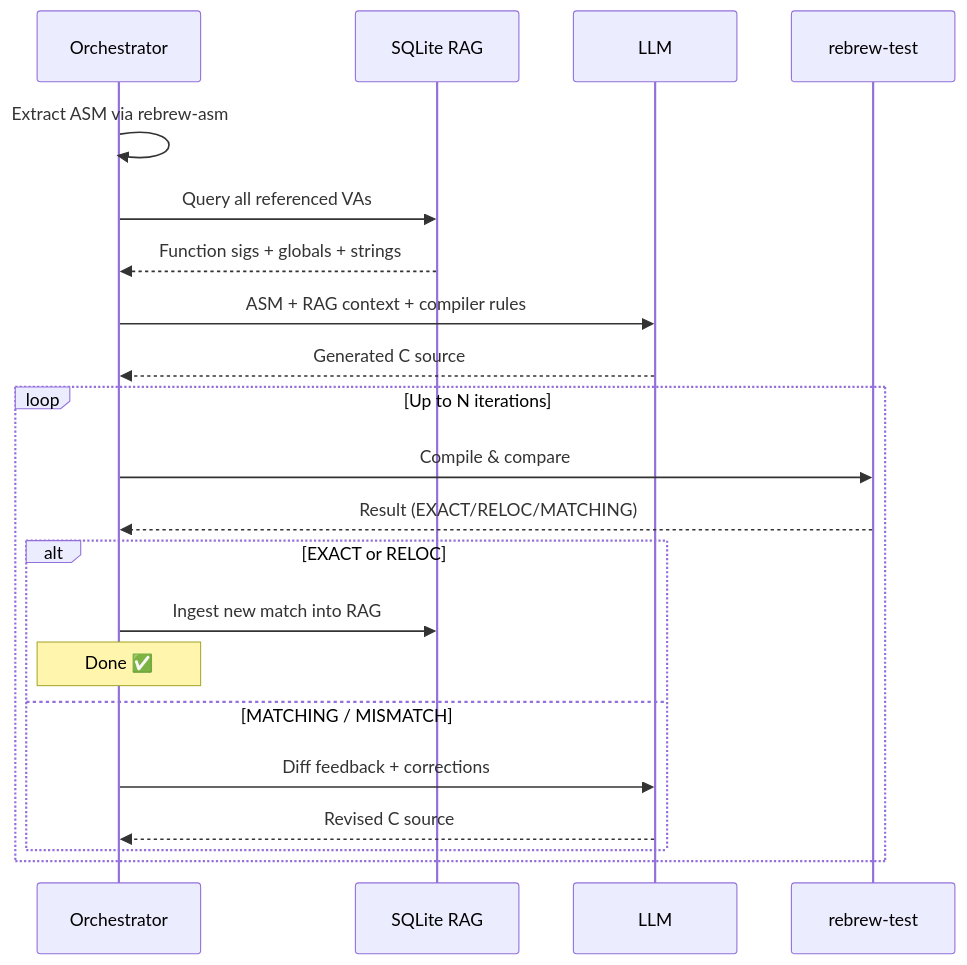
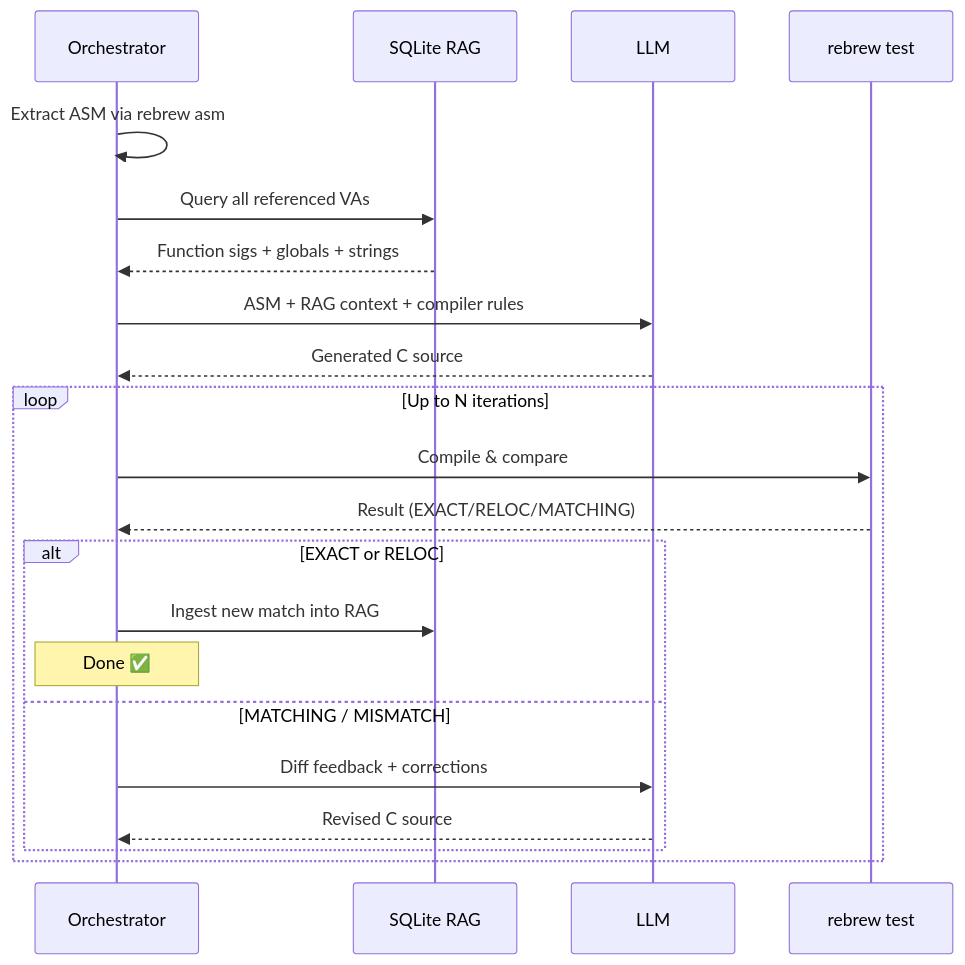
One commit to maci0/rebrew changed the sixth of 16 diagrams in docs/USER_STORIES.md. Above: the diagram before and after it, drawn with Mermaid. The commit also changed other lines of this file and 16 other files, not shown here.

````diff
--- a/docs/USER_STORIES.md
+++ b/docs/USER_STORIES.md
@@ -184,25 +184,25 @@
 ```mermaid
 sequenceDiagram
     participant O as Orchestrator
     participant DB as SQLite RAG
     participant LLM as LLM
-    participant T as rebrew-test
+    participant T as rebrew test
 
-    O->>O: Extract ASM via rebrew-asm
+    O->>O: Extract ASM via rebrew asm
     O->>DB: Query all referenced VAs
     DB-->>O: Function sigs + globals + strings
     O->>LLM: ASM + RAG context + compiler rules
     LLM-->>O: Generated C source
 
     loop Up to N iterations
         O->>T: Compile & compare
         T-->>O: Result (EXACT/RELOC/MATCHING)
         alt EXACT or RELOC
             O->>DB: Ingest new match into RAG
             Note over O: Done ✅
         else MATCHING / MISMATCH
             O->>LLM: Diff feedback + corrections
             LLM-->>O: Revised C source
         end
     end
 ```
````
